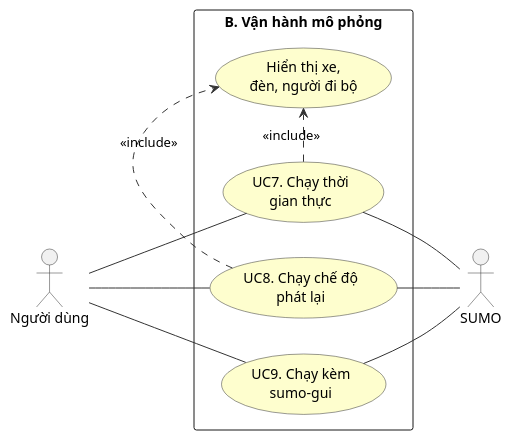
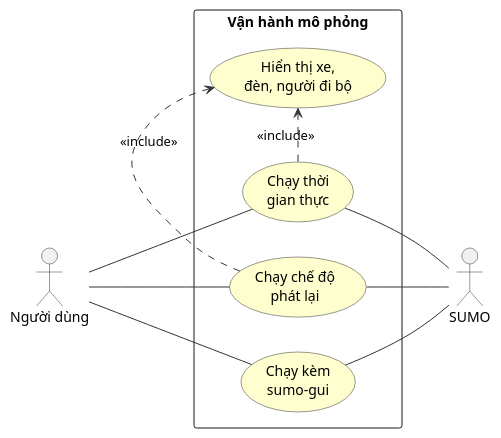
The diagram in DiagramsCode/hinh2.4-usecase-nhom-B.puml (MinhHoang137/SUMO-GR1), drawn with PlantUML before and after one commit. The commit also changed 80 other files, not shown here.

```diff
--- a/DiagramsCode/hinh2.4-usecase-nhom-B.puml
+++ b/DiagramsCode/hinh2.4-usecase-nhom-B.puml
@@ -1,29 +1,29 @@
 @startuml hinh2.4-usecase-nhom-B
 left to right direction
 skinparam packageStyle rectangle
 skinparam usecaseBorderColor #333333
 skinparam usecaseBackgroundColor #FEFECE
 skinparam actorBorderColor #333333
 skinparam ArrowColor #333333
 
 actor "Người dùng" as User
 actor "SUMO" as SUMO
 
-rectangle "B. Vận hành mô phỏng" {
-  usecase "UC7. Chạy thời\ngian thực" as UC7
-  usecase "UC8. Chạy chế độ\nphát lại" as UC8
-  usecase "UC9. Chạy kèm\nsumo-gui" as UC9
+rectangle "Vận hành mô phỏng" {
+  usecase "Chạy thời\ngian thực" as UC7
+  usecase "Chạy chế độ\nphát lại" as UC8
+  usecase "Chạy kèm\nsumo-gui" as UC9
   usecase "Hiển thị xe,\nđèn, người đi bộ" as INC
 }
 
 User -- UC7
 User -- UC8
 User -- UC9
 UC7 -- SUMO
 UC8 -- SUMO
 UC9 -- SUMO
 
 UC7 .> INC : <<include>>
 UC8 .> INC : <<include>>
 
 @enduml
```
